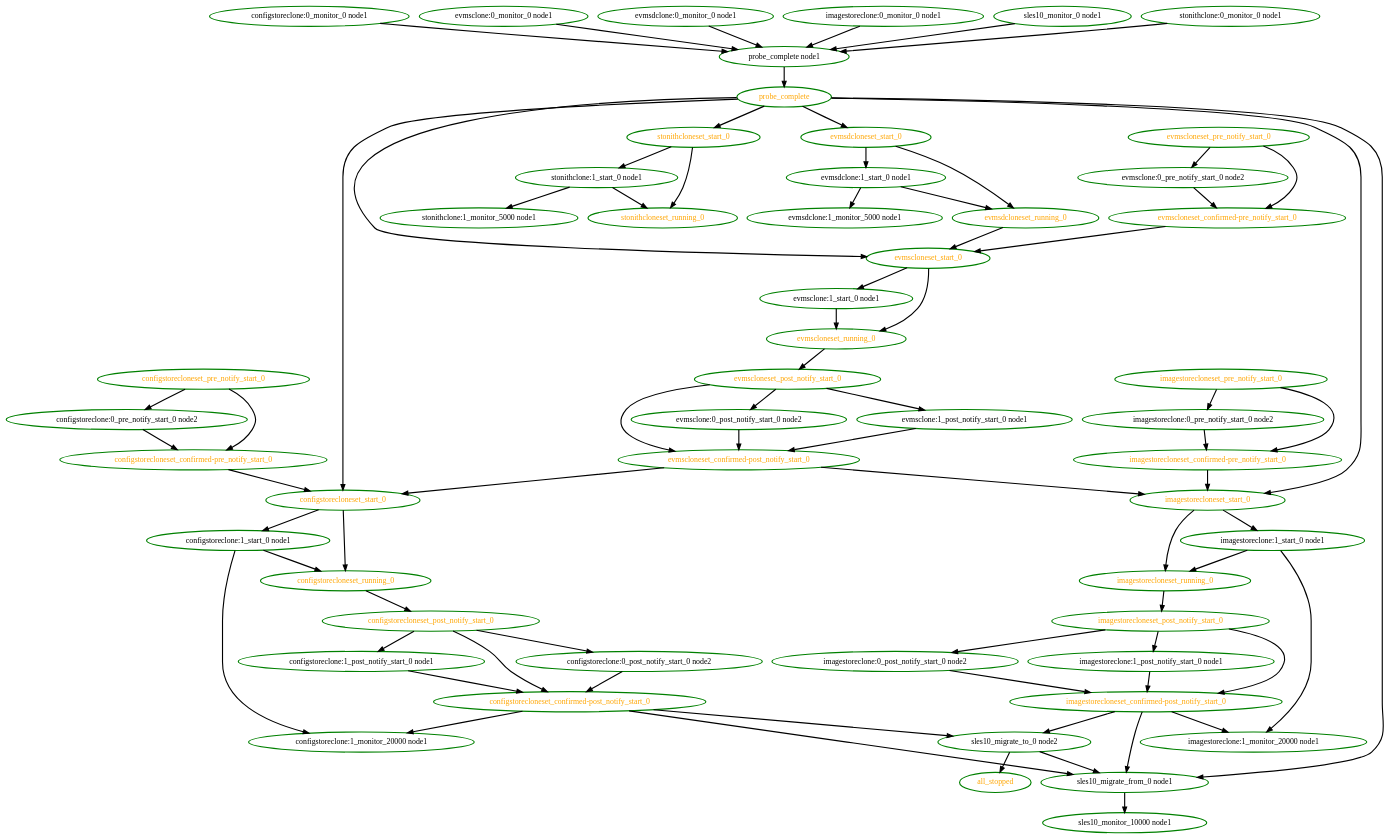
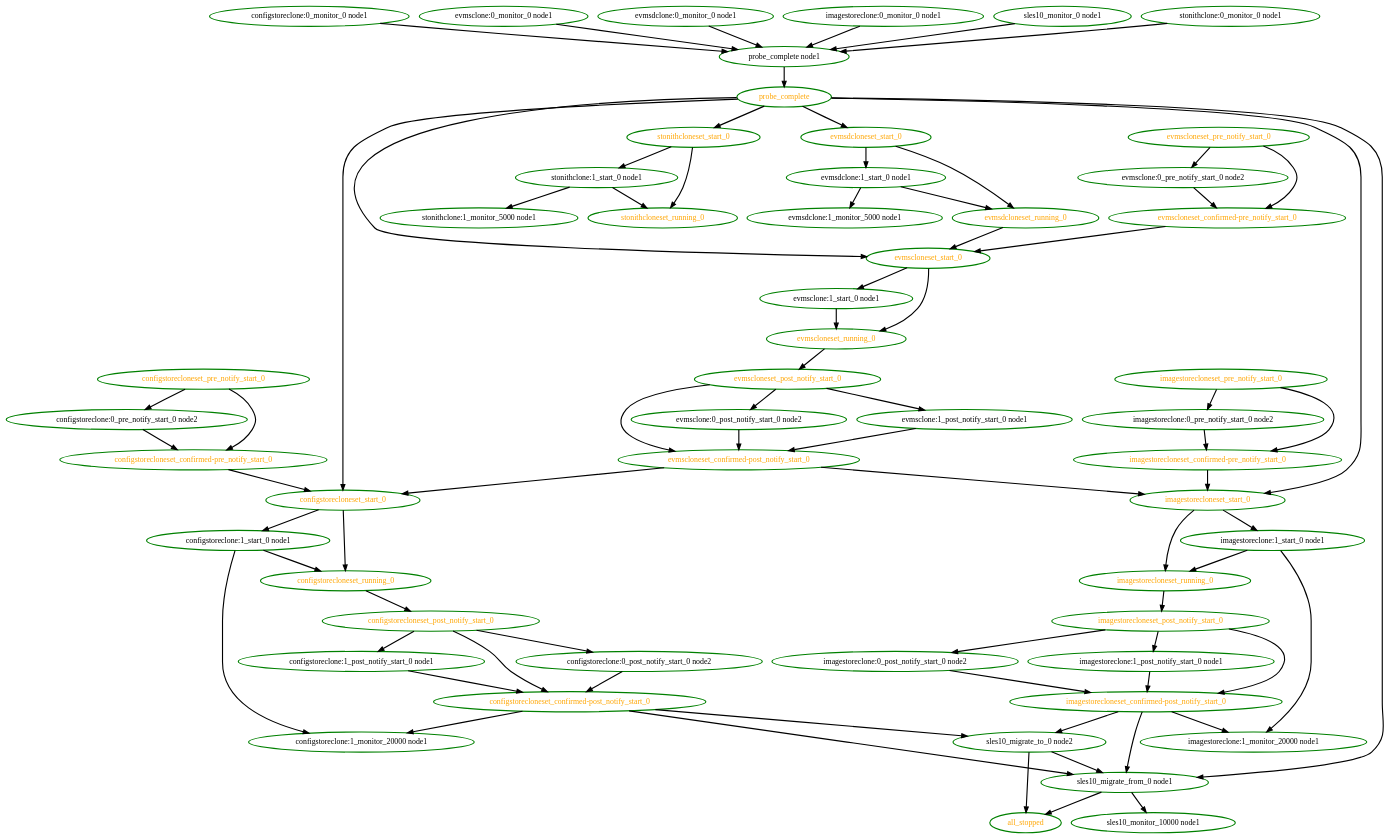
One commit to linux-ha-japan/pm_diskd changed the diagram in pengine/testcases/novell-252693-2.dot. Above: the diagram before and after it, drawn with Graphviz. The commit also changed 10 other files, not shown here.

```diff
--- a/pengine/testcases/novell-252693-2.dot
+++ b/pengine/testcases/novell-252693-2.dot
@@ -1,128 +1,129 @@
  digraph "g" {
 "all_stopped" [ style=bold color="green" fontcolor="orange"  ]
 "configstoreclone:0_monitor_0 node1" -> "probe_complete node1" [ style = bold]
 "configstoreclone:0_monitor_0 node1" [ style=bold color="green" fontcolor="black"  ]
 "configstoreclone:0_post_notify_start_0 node2" -> "configstorecloneset_confirmed-post_notify_start_0" [ style = bold]
 "configstoreclone:0_post_notify_start_0 node2" [ style=bold color="green" fontcolor="black"  ]
 "configstoreclone:0_pre_notify_start_0 node2" -> "configstorecloneset_confirmed-pre_notify_start_0" [ style = bold]
 "configstoreclone:0_pre_notify_start_0 node2" [ style=bold color="green" fontcolor="black"  ]
 "configstoreclone:1_monitor_20000 node1" [ style=bold color="green" fontcolor="black"  ]
 "configstoreclone:1_post_notify_start_0 node1" -> "configstorecloneset_confirmed-post_notify_start_0" [ style = bold]
 "configstoreclone:1_post_notify_start_0 node1" [ style=bold color="green" fontcolor="black"  ]
 "configstoreclone:1_start_0 node1" -> "configstoreclone:1_monitor_20000 node1" [ style = bold]
 "configstoreclone:1_start_0 node1" -> "configstorecloneset_running_0" [ style = bold]
 "configstoreclone:1_start_0 node1" [ style=bold color="green" fontcolor="black"  ]
 "configstorecloneset_confirmed-post_notify_start_0" -> "configstoreclone:1_monitor_20000 node1" [ style = bold]
 "configstorecloneset_confirmed-post_notify_start_0" -> "sles10_migrate_from_0 node1" [ style = bold]
 "configstorecloneset_confirmed-post_notify_start_0" -> "sles10_migrate_to_0 node2" [ style = bold]
 "configstorecloneset_confirmed-post_notify_start_0" [ style=bold color="green" fontcolor="orange"  ]
 "configstorecloneset_confirmed-pre_notify_start_0" -> "configstorecloneset_start_0" [ style = bold]
 "configstorecloneset_confirmed-pre_notify_start_0" [ style=bold color="green" fontcolor="orange"  ]
 "configstorecloneset_post_notify_start_0" -> "configstoreclone:0_post_notify_start_0 node2" [ style = bold]
 "configstorecloneset_post_notify_start_0" -> "configstoreclone:1_post_notify_start_0 node1" [ style = bold]
 "configstorecloneset_post_notify_start_0" -> "configstorecloneset_confirmed-post_notify_start_0" [ style = bold]
 "configstorecloneset_post_notify_start_0" [ style=bold color="green" fontcolor="orange"  ]
 "configstorecloneset_pre_notify_start_0" -> "configstoreclone:0_pre_notify_start_0 node2" [ style = bold]
 "configstorecloneset_pre_notify_start_0" -> "configstorecloneset_confirmed-pre_notify_start_0" [ style = bold]
 "configstorecloneset_pre_notify_start_0" [ style=bold color="green" fontcolor="orange"  ]
 "configstorecloneset_running_0" -> "configstorecloneset_post_notify_start_0" [ style = bold]
 "configstorecloneset_running_0" [ style=bold color="green" fontcolor="orange"  ]
 "configstorecloneset_start_0" -> "configstoreclone:1_start_0 node1" [ style = bold]
 "configstorecloneset_start_0" -> "configstorecloneset_running_0" [ style = bold]
 "configstorecloneset_start_0" [ style=bold color="green" fontcolor="orange"  ]
 "evmsclone:0_monitor_0 node1" -> "probe_complete node1" [ style = bold]
 "evmsclone:0_monitor_0 node1" [ style=bold color="green" fontcolor="black"  ]
 "evmsclone:0_post_notify_start_0 node2" -> "evmscloneset_confirmed-post_notify_start_0" [ style = bold]
 "evmsclone:0_post_notify_start_0 node2" [ style=bold color="green" fontcolor="black"  ]
 "evmsclone:0_pre_notify_start_0 node2" -> "evmscloneset_confirmed-pre_notify_start_0" [ style = bold]
 "evmsclone:0_pre_notify_start_0 node2" [ style=bold color="green" fontcolor="black"  ]
 "evmsclone:1_post_notify_start_0 node1" -> "evmscloneset_confirmed-post_notify_start_0" [ style = bold]
 "evmsclone:1_post_notify_start_0 node1" [ style=bold color="green" fontcolor="black"  ]
 "evmsclone:1_start_0 node1" -> "evmscloneset_running_0" [ style = bold]
 "evmsclone:1_start_0 node1" [ style=bold color="green" fontcolor="black"  ]
 "evmscloneset_confirmed-post_notify_start_0" -> "configstorecloneset_start_0" [ style = bold]
 "evmscloneset_confirmed-post_notify_start_0" -> "imagestorecloneset_start_0" [ style = bold]
 "evmscloneset_confirmed-post_notify_start_0" [ style=bold color="green" fontcolor="orange"  ]
 "evmscloneset_confirmed-pre_notify_start_0" -> "evmscloneset_start_0" [ style = bold]
 "evmscloneset_confirmed-pre_notify_start_0" [ style=bold color="green" fontcolor="orange"  ]
 "evmscloneset_post_notify_start_0" -> "evmsclone:0_post_notify_start_0 node2" [ style = bold]
 "evmscloneset_post_notify_start_0" -> "evmsclone:1_post_notify_start_0 node1" [ style = bold]
 "evmscloneset_post_notify_start_0" -> "evmscloneset_confirmed-post_notify_start_0" [ style = bold]
 "evmscloneset_post_notify_start_0" [ style=bold color="green" fontcolor="orange"  ]
 "evmscloneset_pre_notify_start_0" -> "evmsclone:0_pre_notify_start_0 node2" [ style = bold]
 "evmscloneset_pre_notify_start_0" -> "evmscloneset_confirmed-pre_notify_start_0" [ style = bold]
 "evmscloneset_pre_notify_start_0" [ style=bold color="green" fontcolor="orange"  ]
 "evmscloneset_running_0" -> "evmscloneset_post_notify_start_0" [ style = bold]
 "evmscloneset_running_0" [ style=bold color="green" fontcolor="orange"  ]
 "evmscloneset_start_0" -> "evmsclone:1_start_0 node1" [ style = bold]
 "evmscloneset_start_0" -> "evmscloneset_running_0" [ style = bold]
 "evmscloneset_start_0" [ style=bold color="green" fontcolor="orange"  ]
 "evmsdclone:0_monitor_0 node1" -> "probe_complete node1" [ style = bold]
 "evmsdclone:0_monitor_0 node1" [ style=bold color="green" fontcolor="black"  ]
 "evmsdclone:1_monitor_5000 node1" [ style=bold color="green" fontcolor="black"  ]
 "evmsdclone:1_start_0 node1" -> "evmsdclone:1_monitor_5000 node1" [ style = bold]
 "evmsdclone:1_start_0 node1" -> "evmsdcloneset_running_0" [ style = bold]
 "evmsdclone:1_start_0 node1" [ style=bold color="green" fontcolor="black"  ]
 "evmsdcloneset_running_0" -> "evmscloneset_start_0" [ style = bold]
 "evmsdcloneset_running_0" [ style=bold color="green" fontcolor="orange"  ]
 "evmsdcloneset_start_0" -> "evmsdclone:1_start_0 node1" [ style = bold]
 "evmsdcloneset_start_0" -> "evmsdcloneset_running_0" [ style = bold]
 "evmsdcloneset_start_0" [ style=bold color="green" fontcolor="orange"  ]
 "imagestoreclone:0_monitor_0 node1" -> "probe_complete node1" [ style = bold]
 "imagestoreclone:0_monitor_0 node1" [ style=bold color="green" fontcolor="black"  ]
 "imagestoreclone:0_post_notify_start_0 node2" -> "imagestorecloneset_confirmed-post_notify_start_0" [ style = bold]
 "imagestoreclone:0_post_notify_start_0 node2" [ style=bold color="green" fontcolor="black"  ]
 "imagestoreclone:0_pre_notify_start_0 node2" -> "imagestorecloneset_confirmed-pre_notify_start_0" [ style = bold]
 "imagestoreclone:0_pre_notify_start_0 node2" [ style=bold color="green" fontcolor="black"  ]
 "imagestoreclone:1_monitor_20000 node1" [ style=bold color="green" fontcolor="black"  ]
 "imagestoreclone:1_post_notify_start_0 node1" -> "imagestorecloneset_confirmed-post_notify_start_0" [ style = bold]
 "imagestoreclone:1_post_notify_start_0 node1" [ style=bold color="green" fontcolor="black"  ]
 "imagestoreclone:1_start_0 node1" -> "imagestoreclone:1_monitor_20000 node1" [ style = bold]
 "imagestoreclone:1_start_0 node1" -> "imagestorecloneset_running_0" [ style = bold]
 "imagestoreclone:1_start_0 node1" [ style=bold color="green" fontcolor="black"  ]
 "imagestorecloneset_confirmed-post_notify_start_0" -> "imagestoreclone:1_monitor_20000 node1" [ style = bold]
 "imagestorecloneset_confirmed-post_notify_start_0" -> "sles10_migrate_from_0 node1" [ style = bold]
 "imagestorecloneset_confirmed-post_notify_start_0" -> "sles10_migrate_to_0 node2" [ style = bold]
 "imagestorecloneset_confirmed-post_notify_start_0" [ style=bold color="green" fontcolor="orange"  ]
 "imagestorecloneset_confirmed-pre_notify_start_0" -> "imagestorecloneset_start_0" [ style = bold]
 "imagestorecloneset_confirmed-pre_notify_start_0" [ style=bold color="green" fontcolor="orange"  ]
 "imagestorecloneset_post_notify_start_0" -> "imagestoreclone:0_post_notify_start_0 node2" [ style = bold]
 "imagestorecloneset_post_notify_start_0" -> "imagestoreclone:1_post_notify_start_0 node1" [ style = bold]
 "imagestorecloneset_post_notify_start_0" -> "imagestorecloneset_confirmed-post_notify_start_0" [ style = bold]
 "imagestorecloneset_post_notify_start_0" [ style=bold color="green" fontcolor="orange"  ]
 "imagestorecloneset_pre_notify_start_0" -> "imagestoreclone:0_pre_notify_start_0 node2" [ style = bold]
 "imagestorecloneset_pre_notify_start_0" -> "imagestorecloneset_confirmed-pre_notify_start_0" [ style = bold]
 "imagestorecloneset_pre_notify_start_0" [ style=bold color="green" fontcolor="orange"  ]
 "imagestorecloneset_running_0" -> "imagestorecloneset_post_notify_start_0" [ style = bold]
 "imagestorecloneset_running_0" [ style=bold color="green" fontcolor="orange"  ]
 "imagestorecloneset_start_0" -> "imagestoreclone:1_start_0 node1" [ style = bold]
 "imagestorecloneset_start_0" -> "imagestorecloneset_running_0" [ style = bold]
 "imagestorecloneset_start_0" [ style=bold color="green" fontcolor="orange"  ]
 "probe_complete node1" -> "probe_complete" [ style = bold]
 "probe_complete node1" [ style=bold color="green" fontcolor="black"  ]
 "probe_complete" -> "configstorecloneset_start_0" [ style = bold]
 "probe_complete" -> "evmscloneset_start_0" [ style = bold]
 "probe_complete" -> "evmsdcloneset_start_0" [ style = bold]
 "probe_complete" -> "imagestorecloneset_start_0" [ style = bold]
 "probe_complete" -> "sles10_migrate_from_0 node1" [ style = bold]
 "probe_complete" -> "stonithcloneset_start_0" [ style = bold]
 "probe_complete" [ style=bold color="green" fontcolor="orange"  ]
+"sles10_migrate_from_0 node1" -> "all_stopped" [ style = bold]
 "sles10_migrate_from_0 node1" -> "sles10_monitor_10000 node1" [ style = bold]
 "sles10_migrate_from_0 node1" [ style=bold color="green" fontcolor="black"  ]
 "sles10_migrate_to_0 node2" -> "all_stopped" [ style = bold]
 "sles10_migrate_to_0 node2" -> "sles10_migrate_from_0 node1" [ style = bold]
 "sles10_migrate_to_0 node2" [ style=bold color="green" fontcolor="black"  ]
 "sles10_monitor_0 node1" -> "probe_complete node1" [ style = bold]
 "sles10_monitor_0 node1" [ style=bold color="green" fontcolor="black"  ]
 "sles10_monitor_10000 node1" [ style=bold color="green" fontcolor="black"  ]
 "stonithclone:0_monitor_0 node1" -> "probe_complete node1" [ style = bold]
 "stonithclone:0_monitor_0 node1" [ style=bold color="green" fontcolor="black"  ]
 "stonithclone:1_monitor_5000 node1" [ style=bold color="green" fontcolor="black"  ]
 "stonithclone:1_start_0 node1" -> "stonithclone:1_monitor_5000 node1" [ style = bold]
 "stonithclone:1_start_0 node1" -> "stonithcloneset_running_0" [ style = bold]
 "stonithclone:1_start_0 node1" [ style=bold color="green" fontcolor="black"  ]
 "stonithcloneset_running_0" [ style=bold color="green" fontcolor="orange"  ]
 "stonithcloneset_start_0" -> "stonithclone:1_start_0 node1" [ style = bold]
 "stonithcloneset_start_0" -> "stonithcloneset_running_0" [ style = bold]
 "stonithcloneset_start_0" [ style=bold color="green" fontcolor="orange"  ]
 }
```
